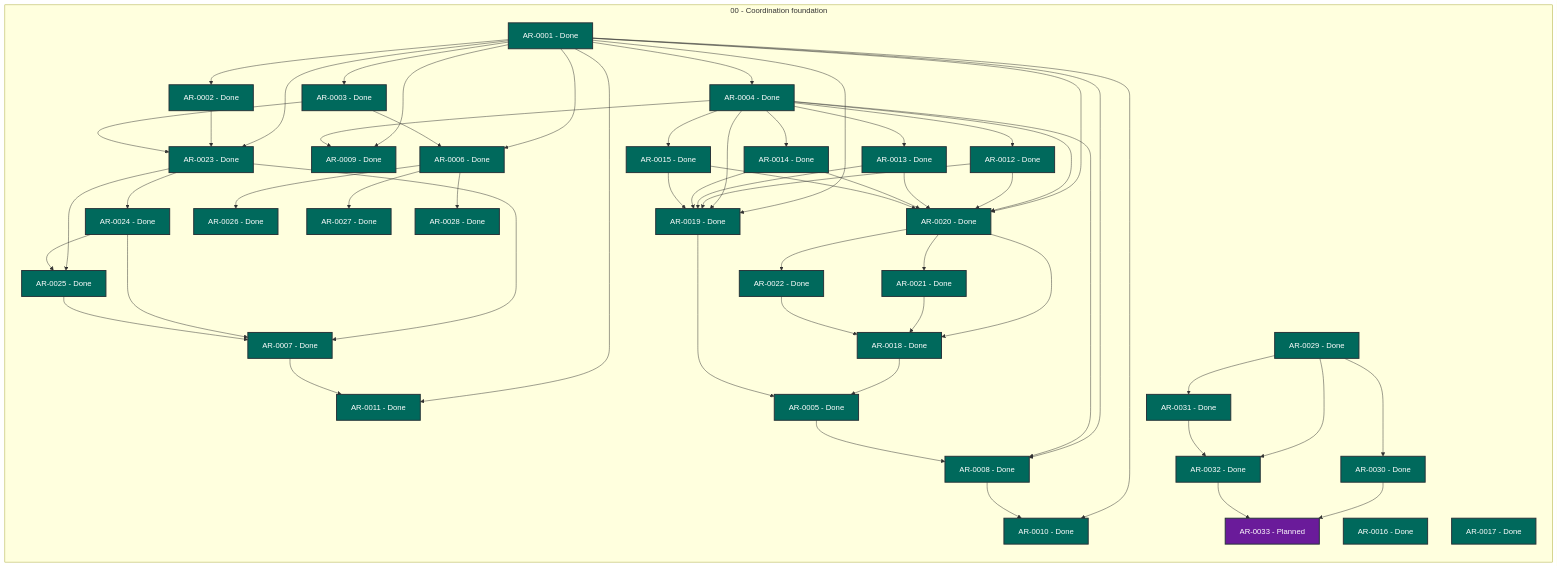
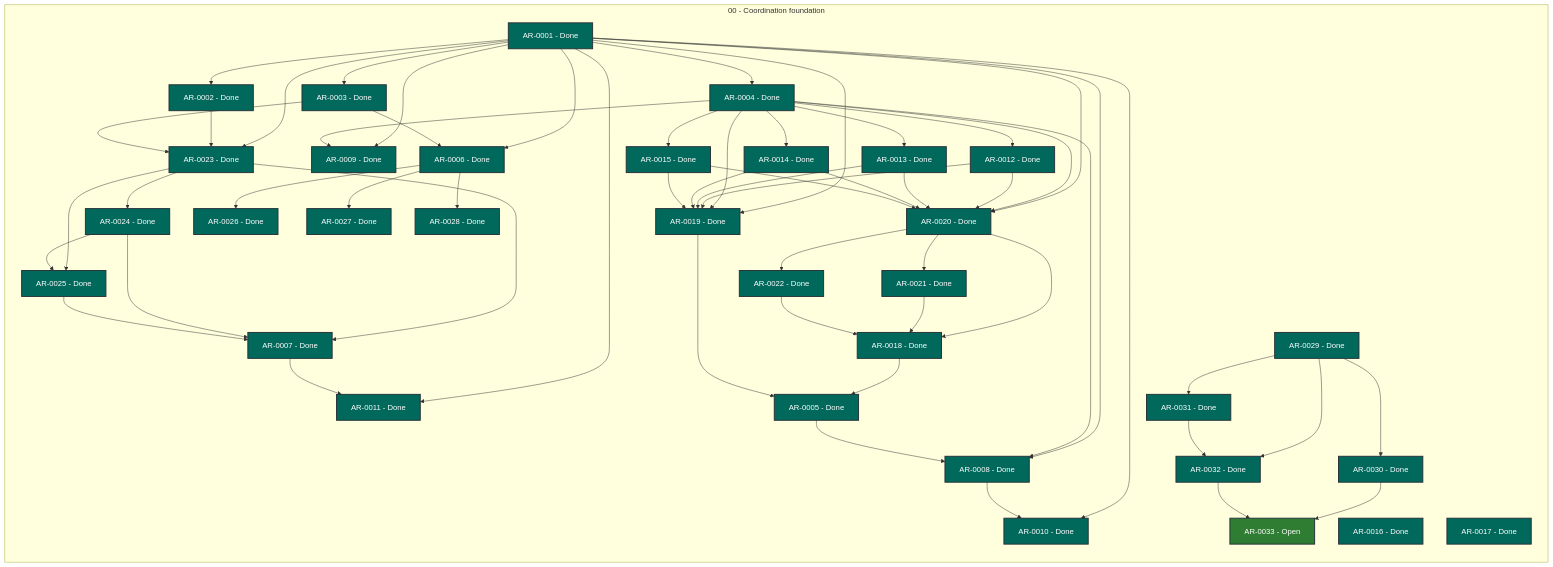
One commit to martin-beck/agent-workflow-quality-state changed the diagram in STATUS.md. Above: the diagram before and after it, drawn with Mermaid. The commit also changed other lines of this file and 2 other files, not shown here.

```diff
--- a/STATUS.md
+++ b/STATUS.md
@@ -60,7 +60,7 @@
         AR_0030["AR-0030 - Done"]:::status_done
         AR_0031["AR-0031 - Done"]:::status_done
         AR_0032["AR-0032 - Done"]:::status_done
-        AR_0033["AR-0033 - Planned"]:::status_planned
+        AR_0033["AR-0033 - Open"]:::status_open
     end
     AR_0001 --> AR_0002
     AR_0001 --> AR_0003
```
